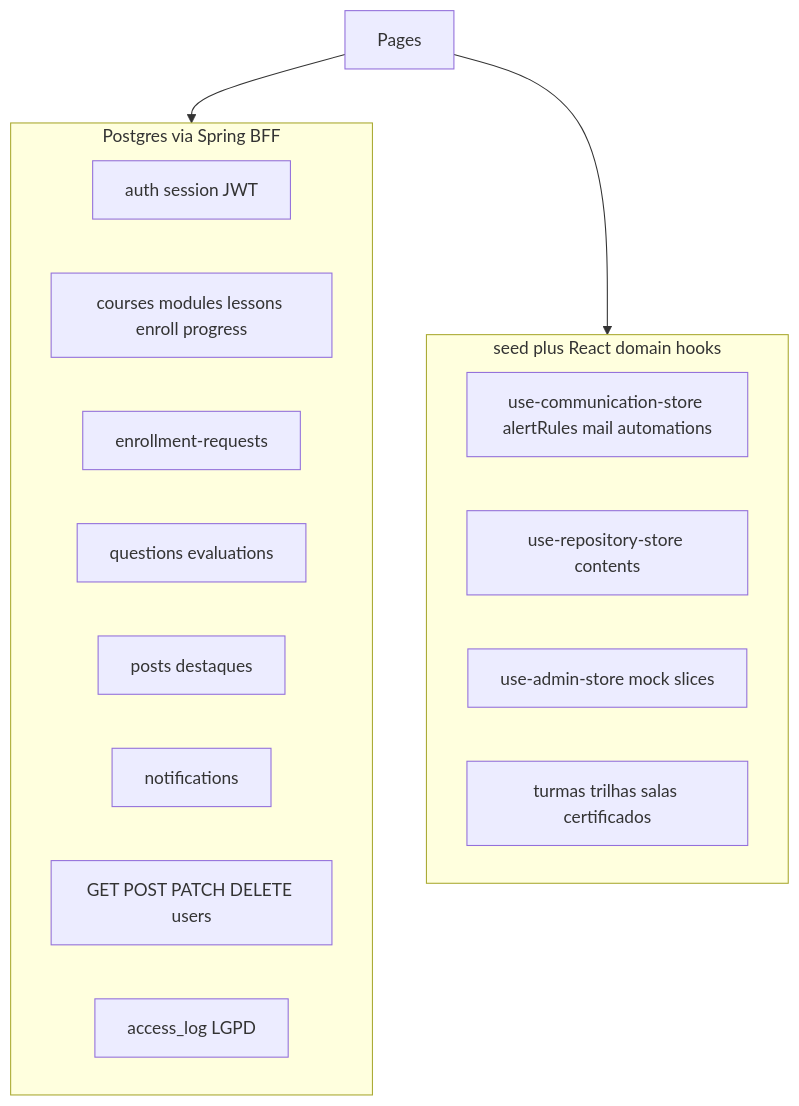
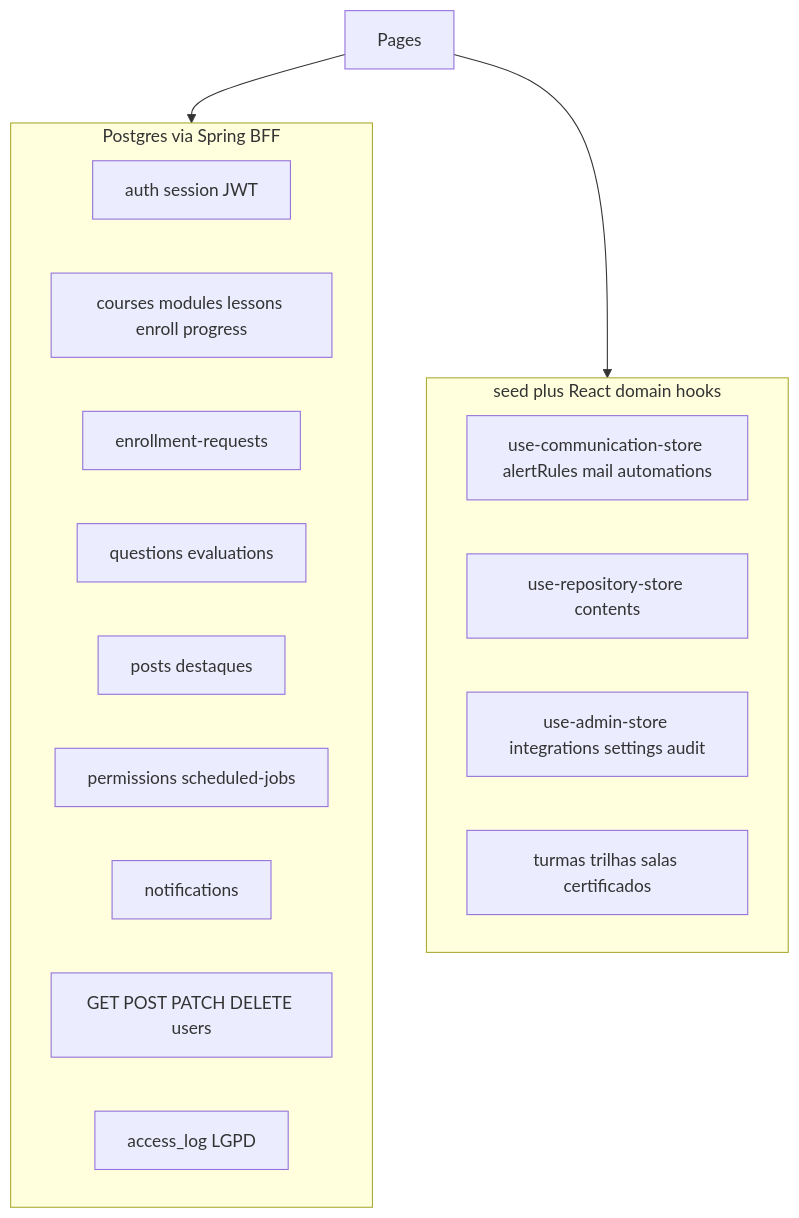
The diagram in AGENTS.md (GrigoriDevv/navoxi-lms), drawn with Mermaid before and after one commit. The commit also changed other lines of this file and 29 other files, not shown here.

First line of the commit message:
feat: persist permissions and scheduled jobs (FE-5 wave C)

````diff
--- a/AGENTS.md
+++ b/AGENTS.md
@@ -24,21 +25,22 @@
 ```mermaid
 flowchart TB
   subgraph java [Postgres via Spring BFF]
     Auth[auth session JWT]
     Learn[courses modules lessons enroll progress]
     EnrollReq[enrollment-requests]
     QuestionsEval[questions evaluations]
     PostsDestaques[posts destaques]
+    PermsJobs[permissions scheduled-jobs]
     Notif[notifications]
     UsersAdmin[GET POST PATCH DELETE users]
     AccessLog[access_log LGPD]
   end
   subgraph mock [seed plus React domain hooks]
     CommMock[use-communication-store alertRules mail automations]
     RepoContents[use-repository-store contents]
-    AdminMock[use-admin-store mock slices]
+    AdminMock[use-admin-store integrations settings audit]
     LearnMock[turmas trilhas salas certificados]
   end
   UI[Pages] --> java
   UI --> mock
 ```
````
